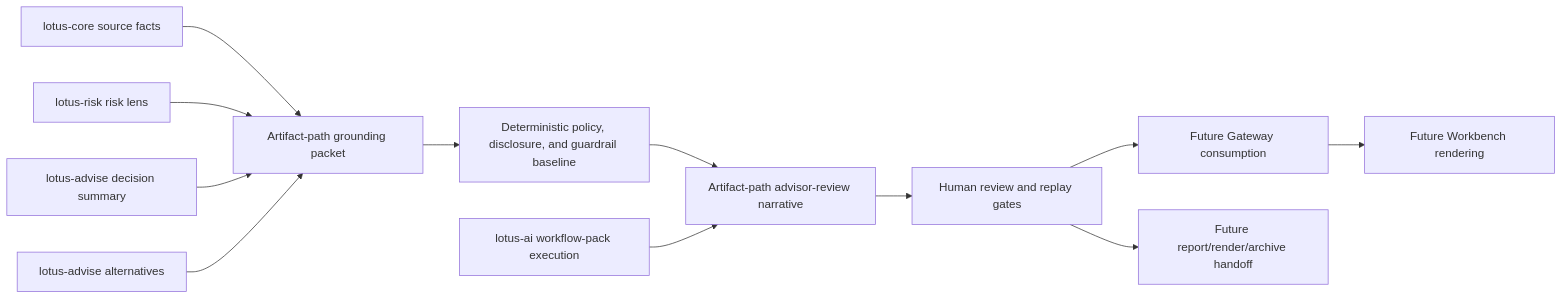
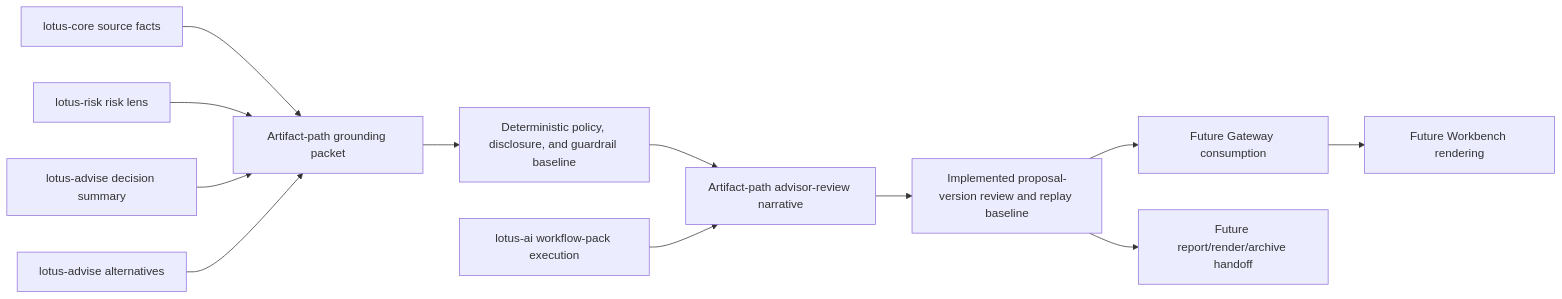
The second of 3 diagrams in wiki/Supported-Features.md (sgajbi/lotus-advise), drawn with Mermaid before and after one commit. The commit also changed other lines of this file and 26 other files, not shown here.

First line of the commit message:
feat: implement RFC-0023 narrative review replay

````diff
--- a/wiki/Supported-Features.md
+++ b/wiki/Supported-Features.md
@@ -66,14 +66,14 @@
 ```mermaid
 flowchart LR
     Core[lotus-core source facts] --> Grounding[Artifact-path grounding packet]
     Risk[lotus-risk risk lens] --> Grounding
     Decision[lotus-advise decision summary] --> Grounding
     Alternatives[lotus-advise alternatives] --> Grounding
     Grounding --> Policy[Deterministic policy, disclosure, and guardrail baseline]
     Policy --> Narrative[Artifact-path advisor-review narrative]
     AI[lotus-ai workflow-pack execution] --> Narrative
-    Narrative --> Review[Human review and replay gates]
+    Narrative --> Review[Implemented proposal-version review and replay baseline]
     Review --> Gateway[Future Gateway consumption]
     Gateway --> Workbench[Future Workbench rendering]
     Review --> Report[Future report/render/archive handoff]
 ```
````
